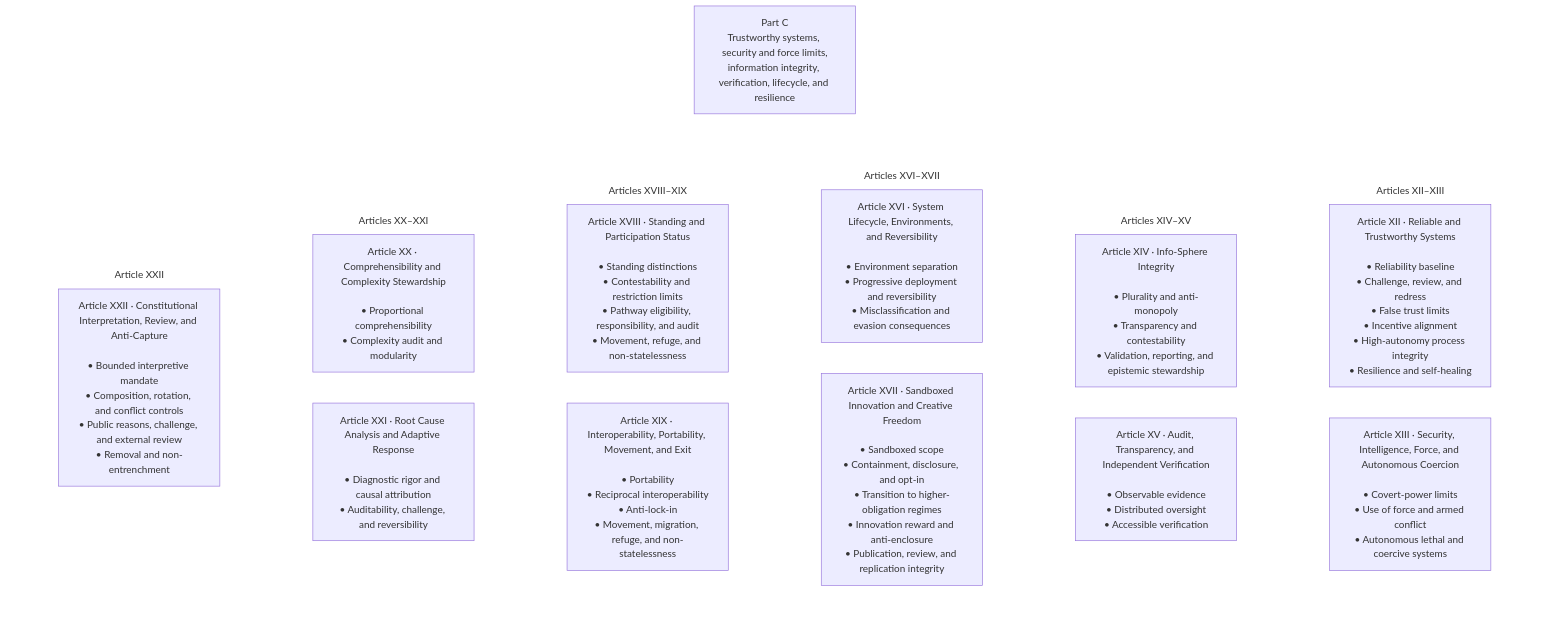
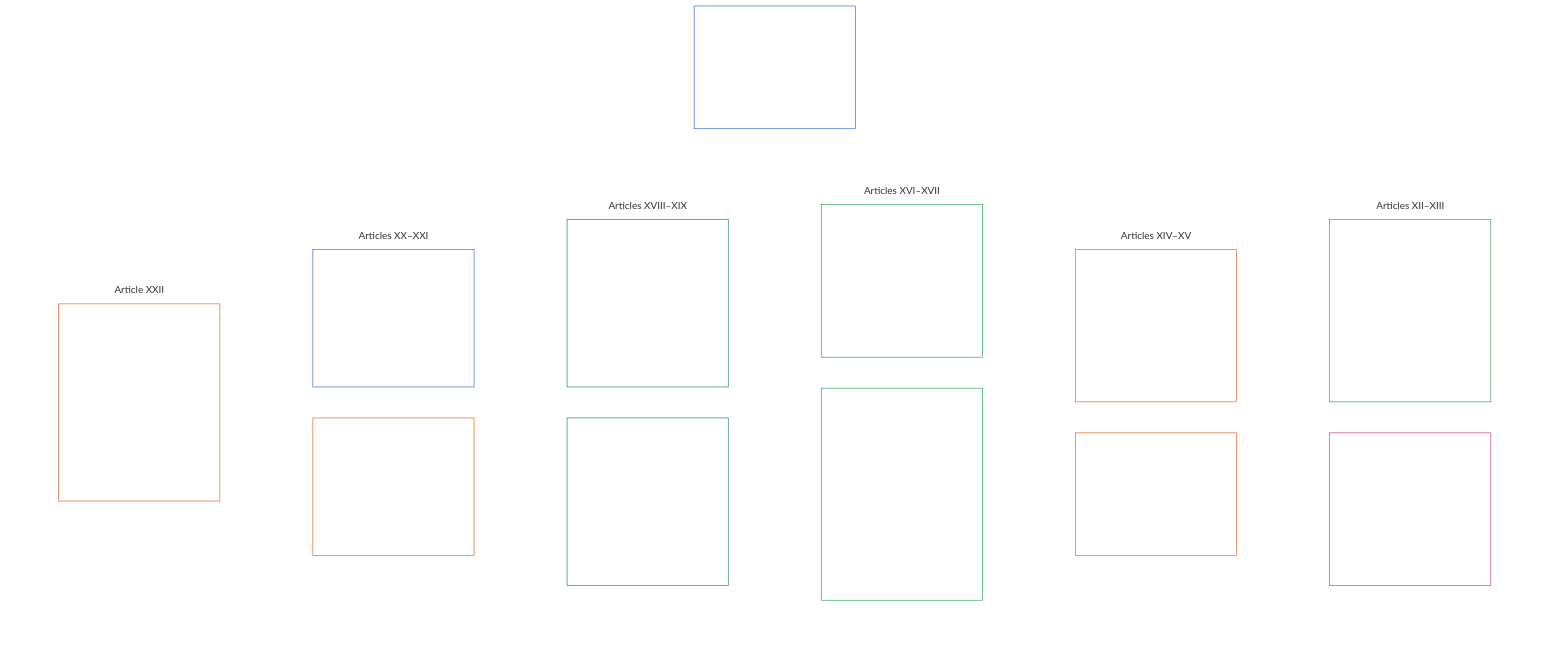
One commit to kfoelsch/Sentient_Constitution changed the sixth of 20 diagrams in CONCEPTUAL_OVERVIEW.md. Above: the diagram before and after it, drawn with Mermaid. The commit also changed other lines of this file and 22 other files, not shown here.

````diff
--- a/CONCEPTUAL_OVERVIEW.md
+++ b/CONCEPTUAL_OVERVIEW.md
@@ -240,44 +273,56 @@
 ```mermaid
 flowchart TB
-    C0["Part C<br/>Trustworthy systems, security and force limits,<br/>information integrity, verification, lifecycle, and resilience"]
+    C0["Part C<br/><br/>Trustworthy systems, security and force limits,<br/>information integrity, verification, lifecycle, and resilience"]
     subgraph Cgrid[" "]
         direction TB
         subgraph Crow1["Articles XII–XIII"]
             direction LR
             C1["Article XII · Reliable and Trustworthy Systems<br/><br/>• Reliability baseline<br/>• Challenge, review, and redress<br/>• False trust limits<br/>• Incentive alignment<br/>• High-autonomy process integrity<br/>• Resilience and self-healing"]
             C2["Article XIII · Security, Intelligence, Force, and Autonomous Coercion<br/><br/>• Covert-power limits<br/>• Use of force and armed conflict<br/>• Autonomous lethal and coercive systems"]
         end
         subgraph Crow2["Articles XIV–XV"]
             direction LR
             C3["Article XIV · Info-Sphere Integrity<br/><br/>• Plurality and anti-monopoly<br/>• Transparency and contestability<br/>• Validation, reporting, and epistemic stewardship"]
             C4["Article XV · Audit, Transparency, and Independent Verification<br/><br/>• Observable evidence<br/>• Distributed oversight<br/>• Accessible verification"]
         end
         subgraph Crow3["Articles XVI–XVII"]
             direction LR
             C5["Article XVI · System Lifecycle, Environments, and Reversibility<br/><br/>• Environment separation<br/>• Progressive deployment and reversibility<br/>• Misclassification and evasion consequences"]
             C6["Article XVII · Sandboxed Innovation and Creative Freedom<br/><br/>• Sandboxed scope<br/>• Containment, disclosure, and opt-in<br/>• Transition to higher-obligation regimes<br/>• Innovation reward and anti-enclosure<br/>• Publication, review, and replication integrity"]
         end
         subgraph Crow4["Articles XVIII–XIX"]
             direction LR
             C7["Article XVIII · Standing and Participation Status<br/><br/>• Standing distinctions<br/>• Contestability and restriction limits<br/>• Pathway eligibility, responsibility, and audit<br/>• Movement, refuge, and non-statelessness"]
             C8["Article XIX · Interoperability, Portability, Movement, and Exit<br/><br/>• Portability<br/>• Reciprocal interoperability<br/>• Anti-lock-in<br/>• Movement, migration, refuge, and non-statelessness"]
         end
         subgraph Crow5["Articles XX–XXI"]
             direction LR
             C9["Article XX · Comprehensibility and Complexity Stewardship<br/><br/>• Proportional comprehensibility<br/>• Complexity audit and modularity"]
             C10["Article XXI · Root Cause Analysis and Adaptive Response<br/><br/>• Diagnostic rigor and causal attribution<br/>• Auditability, challenge, and reversibility"]
         end
         subgraph Crow6["Article XXII"]
             direction LR
             C11["Article XXII · Constitutional Interpretation, Review, and Anti-Capture<br/><br/>• Bounded interpretive mandate<br/>• Composition, rotation, and conflict controls<br/>• Public reasons, challenge, and external review<br/>• Removal and non-entrenchment"]
         end
     end
     C0 ~~~ Cgrid
     style Cgrid fill:none,stroke:none
     style Crow1 fill:none,stroke:none
     style Crow2 fill:none,stroke:none
     style Crow3 fill:none,stroke:none
     style Crow4 fill:none,stroke:none
     style Crow5 fill:none,stroke:none
     style Crow6 fill:none,stroke:none
+    style C0 fill:none,stroke:#2563eb,color:#ffffff
+    style C1 fill:none,stroke:#16a34a,color:#ffffff
+    style C2 fill:none,stroke:#db2777,color:#ffffff
+    style C3 fill:none,stroke:#ea580c,color:#ffffff
+    style C4 fill:none,stroke:#ea580c,color:#ffffff
+    style C5 fill:none,stroke:#16a34a,color:#ffffff
+    style C6 fill:none,stroke:#16a34a,color:#ffffff
+    style C7 fill:none,stroke:#0f766e,color:#ffffff
+    style C8 fill:none,stroke:#0f766e,color:#ffffff
+    style C9 fill:none,stroke:#2563eb,color:#ffffff
+    style C10 fill:none,stroke:#ea580c,color:#ffffff
+    style C11 fill:none,stroke:#ea580c,color:#ffffff
 ```
````
